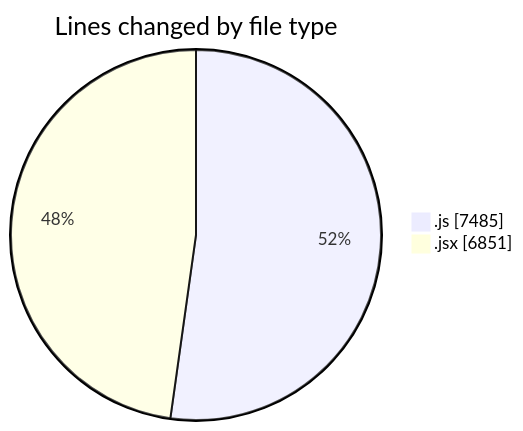
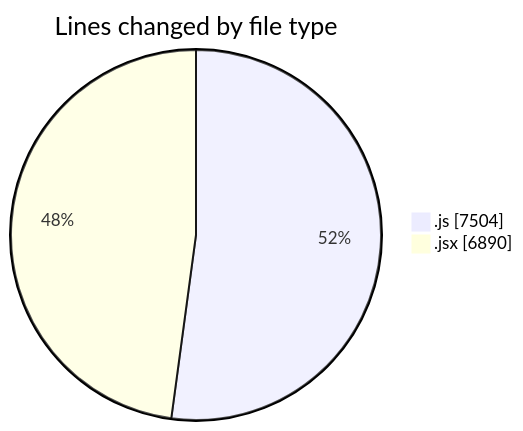
Before and after one commit to nxtqubesakshisongat/code-tracking: the first of 2 diagrams in 2025-09-24/nxtqube_webapp/README.md, drawn with Mermaid. The commit also changed other lines of this file and 1 other file, not shown here.

````diff
--- a/2025-09-24/nxtqube_webapp/README.md
+++ b/2025-09-24/nxtqube_webapp/README.md
@@ -23,6 +23,6 @@
 ```mermaid
 pie showData
 title Lines changed by file type
-".js" : 7485
-".jsx" : 6851
+".js" : 7504
+".jsx" : 6890
 ```
````
